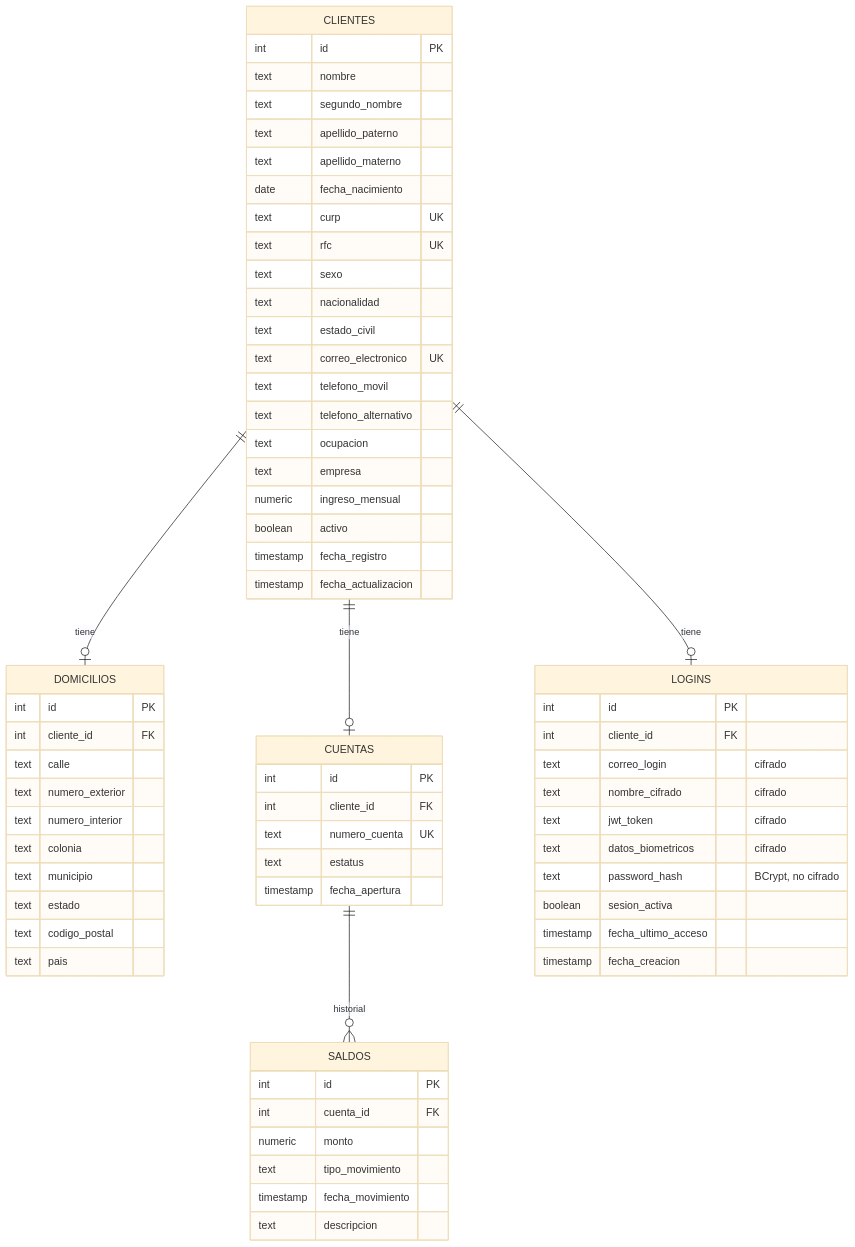
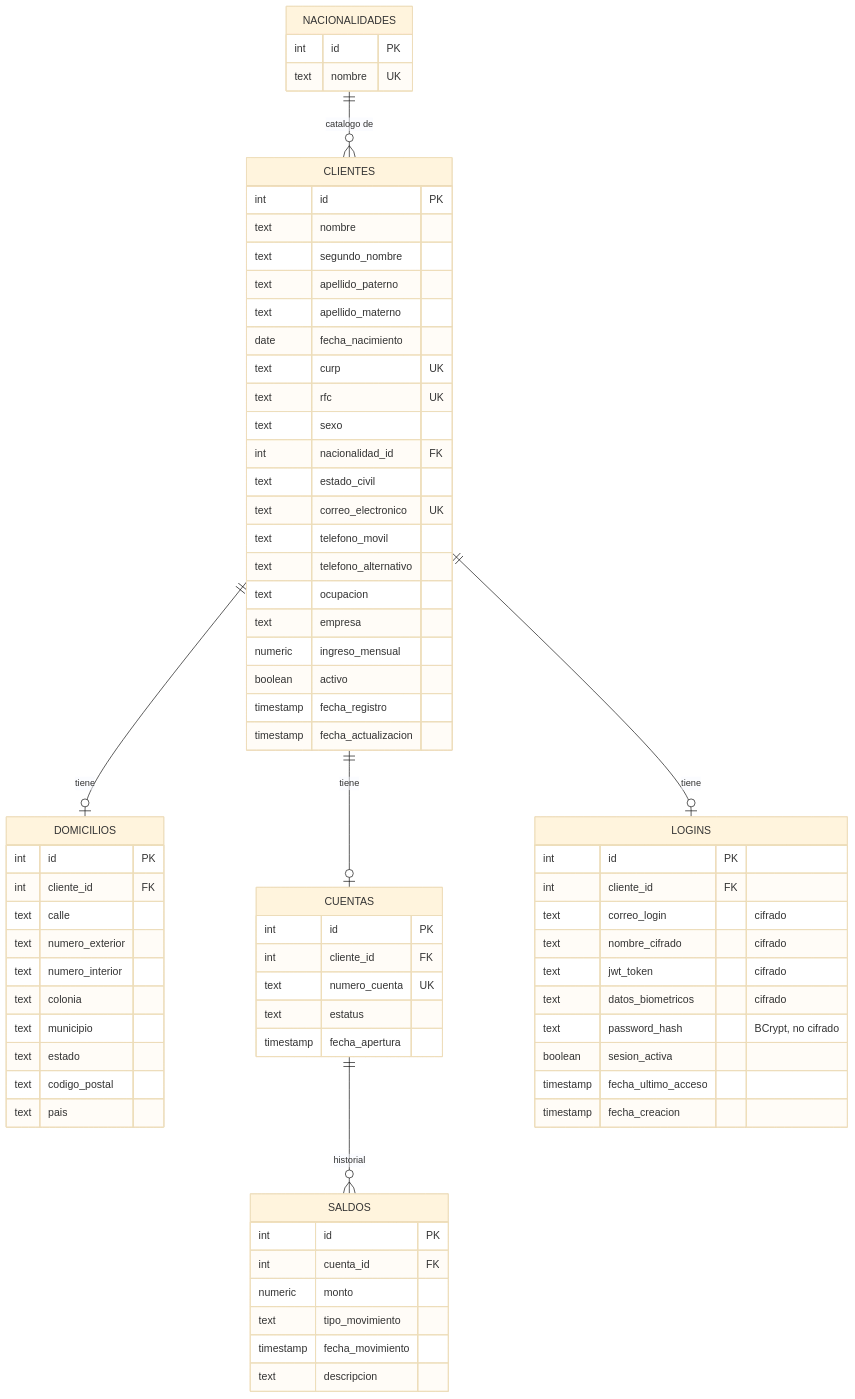
One commit to Pedro-Uriel-Perez/GestoPago changed the diagram in docs/onboarding-clientes.md. Above: the diagram before and after it, drawn with Mermaid (base theme). The commit also changed other lines of this file and 18 other files, not shown here.

First line of the commit message:
Normalizar nacionalidad a un catalogo (tabla nacionalidades)

````diff
--- a/docs/onboarding-clientes.md
+++ b/docs/onboarding-clientes.md
@@ -12,73 +12,79 @@
 ```mermaid
 erDiagram
     CLIENTES ||--o| DOMICILIOS : "tiene"
     CLIENTES ||--o| CUENTAS : "tiene"
     CLIENTES ||--o| LOGINS : "tiene"
     CUENTAS ||--o{ SALDOS : "historial"
+    NACIONALIDADES ||--o{ CLIENTES : "catalogo de"
 
     CLIENTES {
         int id PK
         text nombre
         text segundo_nombre
         text apellido_paterno
         text apellido_materno
         date fecha_nacimiento
         text curp UK
         text rfc UK
         text sexo
-        text nacionalidad
+        int nacionalidad_id FK
         text estado_civil
         text correo_electronico UK
         text telefono_movil
         text telefono_alternativo
         text ocupacion
         text empresa
         numeric ingreso_mensual
         boolean activo
         timestamp fecha_registro
         timestamp fecha_actualizacion
     }
 
     DOMICILIOS {
         int id PK
         int cliente_id FK
         text calle
         text numero_exterior
         text numero_interior
         text colonia
         text municipio
         text estado
         text codigo_postal
         text pais
     }
 
     CUENTAS {
         int id PK
         int cliente_id FK
         text numero_cuenta UK
         text estatus
         timestamp fecha_apertura
     }
 
     SALDOS {
         int id PK
         int cuenta_id FK
         numeric monto
         text tipo_movimiento
         timestamp fecha_movimiento
         text descripcion
     }
 
     LOGINS {
         int id PK
         int cliente_id FK
         text correo_login "cifrado"
         text nombre_cifrado "cifrado"
         text jwt_token "cifrado"
         text datos_biometricos "cifrado"
         text password_hash "BCrypt, no cifrado"
         boolean sesion_activa
         timestamp fecha_ultimo_acceso
         timestamp fecha_creacion
     }
+
+    NACIONALIDADES {
+        int id PK
+        text nombre UK
+    }
 ```
````
